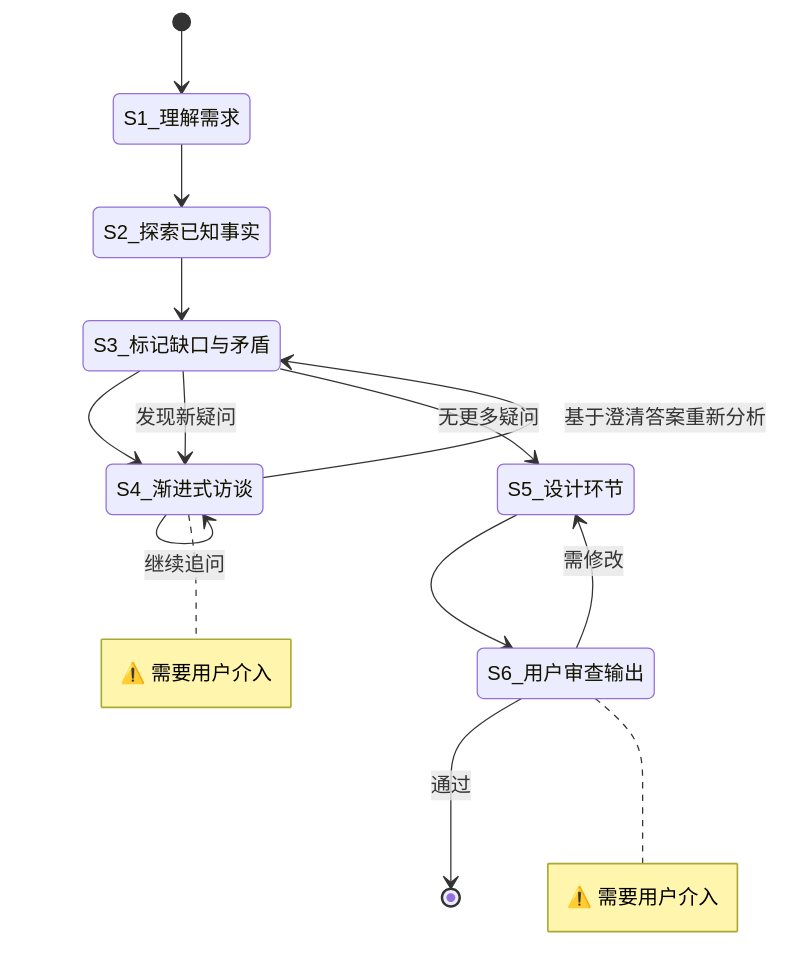
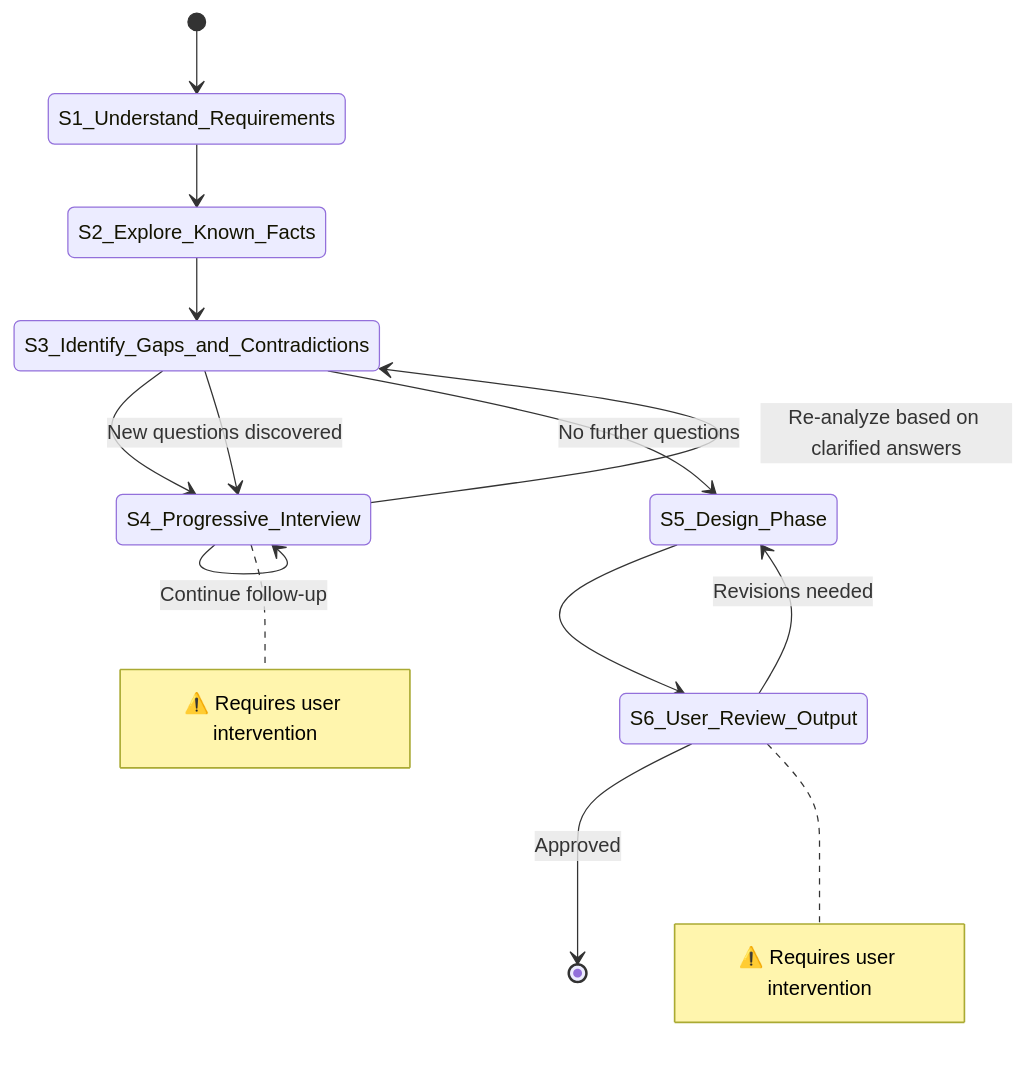
The diagram in docs/template/design-spec/flow.md (hank-cp/opencode-vibe-pm), drawn with Mermaid before and after one commit. The commit also changed other lines of this file and 17 other files, not shown here.

````diff
--- a/docs/template/design-spec/flow.md
+++ b/docs/template/design-spec/flow.md
@@ -39,22 +39,22 @@
 ```mermaid
 stateDiagram-v2
-    [*] --> S1_理解需求
-    S1_理解需求 --> S2_探索已知事实
-    S2_探索已知事实 --> S3_标记缺口与矛盾
-    S3_标记缺口与矛盾 --> S4_渐进式访谈
-    S4_渐进式访谈 --> S4_渐进式访谈: 继续追问
-    S4_渐进式访谈 --> S3_标记缺口与矛盾: 基于澄清答案重新分析
-    S3_标记缺口与矛盾 --> S4_渐进式访谈: 发现新疑问
-    S3_标记缺口与矛盾 --> S5_设计环节: 无更多疑问
-    S5_设计环节 --> S6_用户审查输出
-    S6_用户审查输出 --> S5_设计环节: 需修改
-    S6_用户审查输出 --> [*]: 通过
+    [*] --> S1_Understand_Requirements
+    S1_Understand_Requirements --> S2_Explore_Known_Facts
+    S2_Explore_Known_Facts --> S3_Identify_Gaps_and_Contradictions
+    S3_Identify_Gaps_and_Contradictions --> S4_Progressive_Interview
+    S4_Progressive_Interview --> S4_Progressive_Interview: Continue follow-up
+    S4_Progressive_Interview --> S3_Identify_Gaps_and_Contradictions: Re-analyze based on clarified answers
+    S3_Identify_Gaps_and_Contradictions --> S4_Progressive_Interview: New questions discovered
+    S3_Identify_Gaps_and_Contradictions --> S5_Design_Phase: No further questions
+    S5_Design_Phase --> S6_User_Review_Output
+    S6_User_Review_Output --> S5_Design_Phase: Revisions needed
+    S6_User_Review_Output --> [*]: Approved
 
-    note right of S4_渐进式访谈
-        ⚠️ 需要用户介入
+    note right of S4_Progressive_Interview
+        ⚠️ Requires user intervention
     end note
 
-    note right of S6_用户审查输出
-        ⚠️ 需要用户介入
+    note right of S6_User_Review_Output
+        ⚠️ Requires user intervention
     end note
 ```
````
